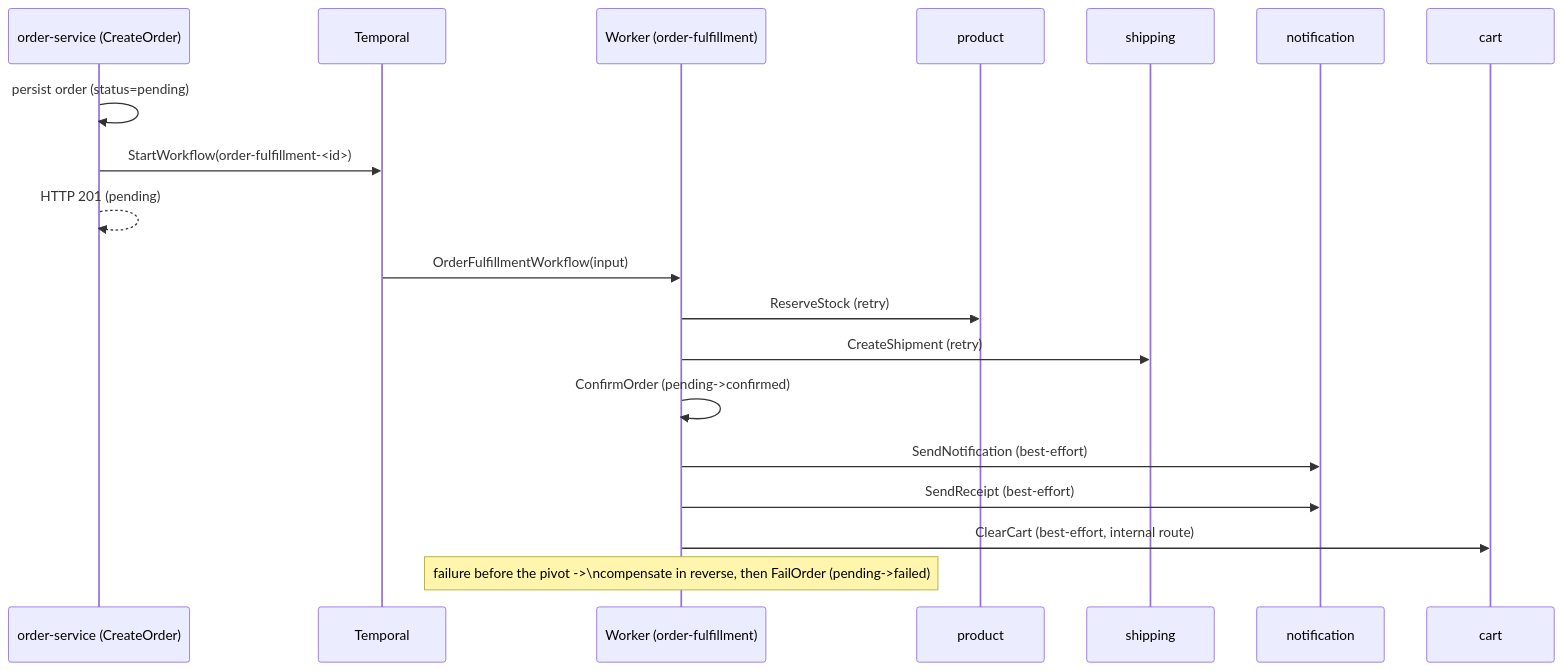
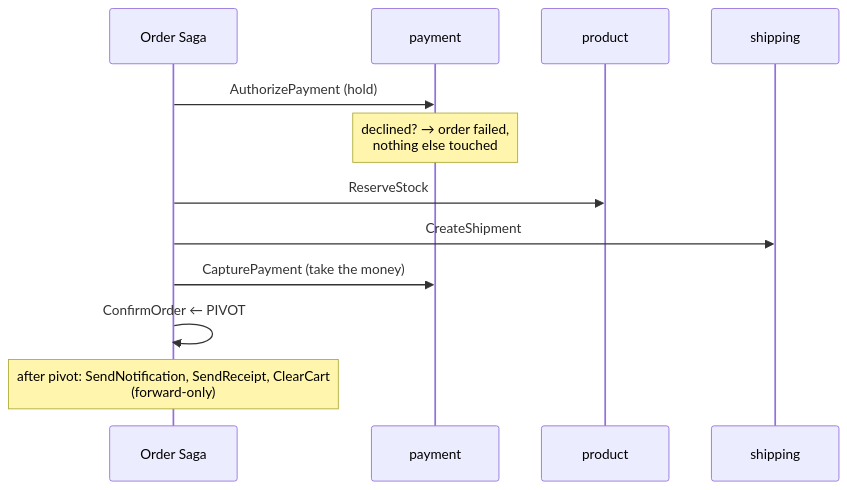
Before and after one commit to duynhlab/homelab: the seventh of 14 diagrams in docs/api/temporal-order-fulfillment.md, drawn with Mermaid. The commit also changed other lines of this file and 33 other files, not shown here.

First line of the commit message:
Reorganize API documentation by service (#507)

````diff
--- a/docs/api/temporal-order-fulfillment.md
+++ b/docs/api/temporal-order-fulfillment.md
@@ -109,22 +269,14 @@
 ```mermaid
 sequenceDiagram
-    participant API as order-service (CreateOrder)
-    participant T as Temporal
-    participant W as Worker (order-fulfillment)
-    participant P as product
-    participant S as shipping
-    participant N as notification
-    participant C as cart
-
-    API->>API: persist order (status=pending)
-    API->>T: StartWorkflow(order-fulfillment-<id>)
-    API-->>API: HTTP 201 (pending)
-    T->>W: OrderFulfillmentWorkflow(input)
-    W->>P: ReserveStock (retry)
-    W->>S: CreateShipment (retry)
-    W->>W: ConfirmOrder (pending->confirmed)
-    W->>N: SendNotification (best-effort)
-    W->>N: SendReceipt (best-effort)
-    W->>C: ClearCart (best-effort, internal route)
-    Note over W: failure before the pivot ->\ncompensate in reverse, then FailOrder (pending->failed)
+    participant W as Order Saga
+    participant Pay as payment
+    participant Prod as product
+    participant Ship as shipping
+    W->>Pay: AuthorizePayment (hold)
+    Note over Pay: declined? → order failed,<br/>nothing else touched
+    W->>Prod: ReserveStock
+    W->>Ship: CreateShipment
+    W->>Pay: CapturePayment (take the money)
+    W->>W: ConfirmOrder  ← PIVOT
+    Note over W: after pivot: SendNotification, SendReceipt, ClearCart<br/>(forward-only)
 ```
````
